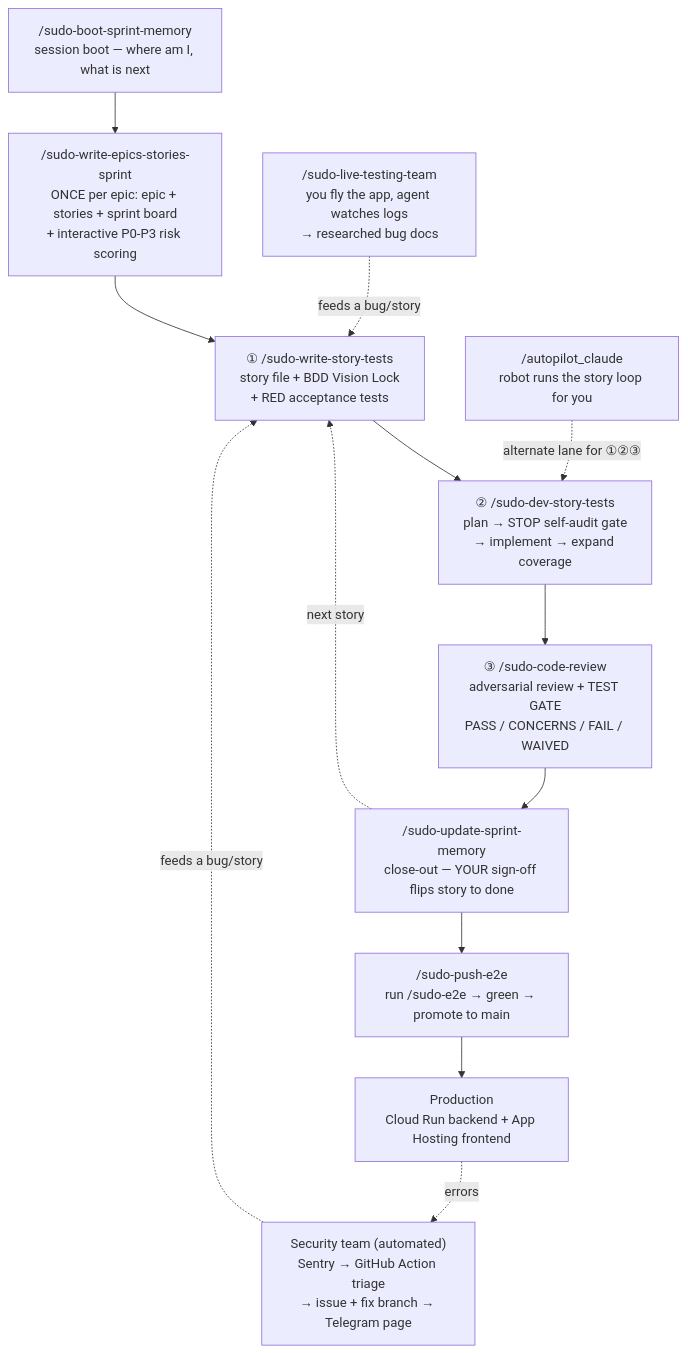
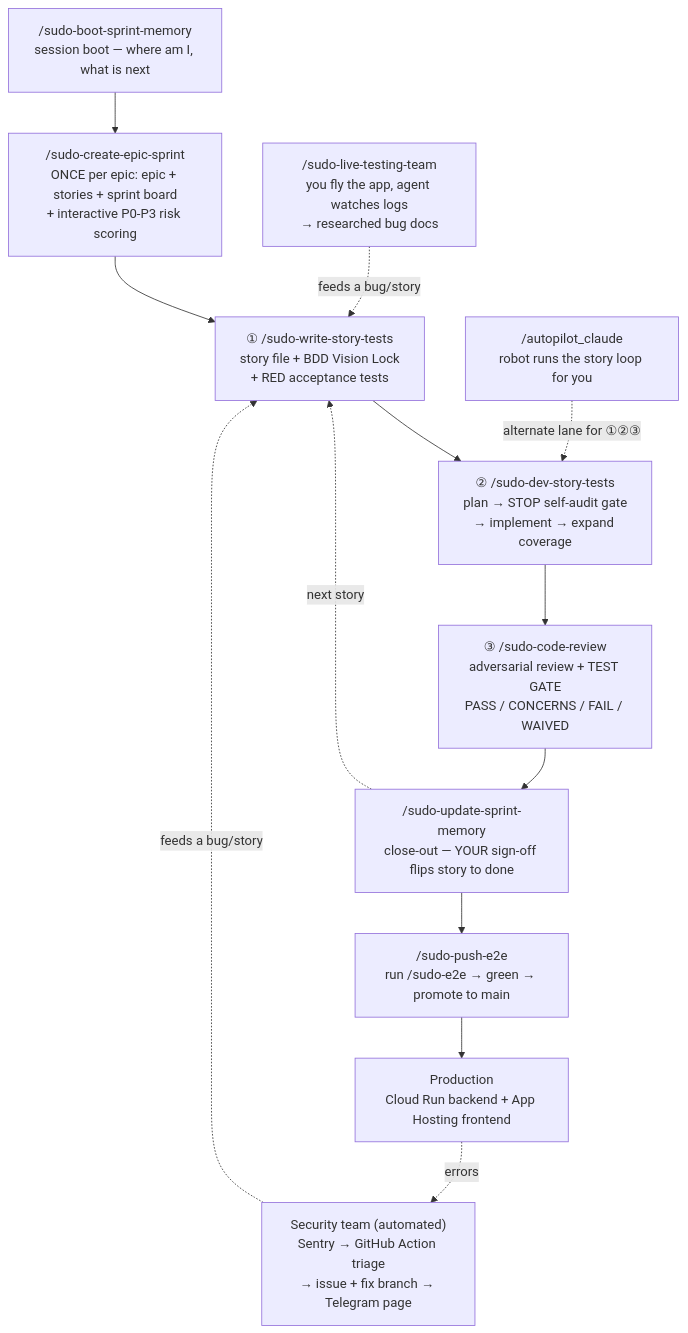
One commit to sudomadhatter/Sudo_Hatter_Command changed the first of 2 diagrams in _my_resources/_quick_reference/sudo_workflows_testing.md. Above: the diagram before and after it, drawn with Mermaid. The commit also changed other lines of this file and 18 other files, not shown here.

````diff
--- a/_my_resources/_quick_reference/sudo_workflows_testing.md
+++ b/_my_resources/_quick_reference/sudo_workflows_testing.md
@@ -12,15 +12,15 @@
 ```mermaid
 flowchart TD
-    BOOT["/sudo-boot-sprint-memory\nsession boot — where am I, what is next"] --> KICK["/sudo-write-epics-stories-sprint\nONCE per epic: epic + stories + sprint board\n+ interactive P0-P3 risk scoring"]
+    BOOT["/sudo-boot-sprint-memory\nsession boot — where am I, what is next"] --> KICK["/sudo-create-epic-sprint\nONCE per epic: epic + stories + sprint board\n+ interactive P0-P3 risk scoring"]
     KICK --> ONE["① /sudo-write-story-tests\nstory file + BDD Vision Lock\n+ RED acceptance tests"]
     ONE --> TWO["② /sudo-dev-story-tests\nplan → STOP self-audit gate\n→ implement → expand coverage"]
     TWO --> THREE["③ /sudo-code-review\nadversarial review + TEST GATE\nPASS / CONCERNS / FAIL / WAIVED"]
     THREE --> CLOSE["/sudo-update-sprint-memory\nclose-out — YOUR sign-off flips story to done"]
     CLOSE -.->|"next story"| ONE
     CLOSE --> SHIP["/sudo-push-e2e\nrun /sudo-e2e → green → promote to main"]
     SHIP --> PROD["Production\nCloud Run backend + App Hosting frontend"]
     PROD -.->|"errors"| SEC["Security team (automated)\nSentry → GitHub Action triage\n→ issue + fix branch → Telegram page"]
     SEC -.->|"feeds a bug/story"| ONE
     LIVE["/sudo-live-testing-team\nyou fly the app, agent watches logs\n→ researched bug docs"] -.->|"feeds a bug/story"| ONE
     AP["/autopilot_claude\nrobot runs the story loop for you"] -.->|"alternate lane for ①②③"| TWO
 ```
````
